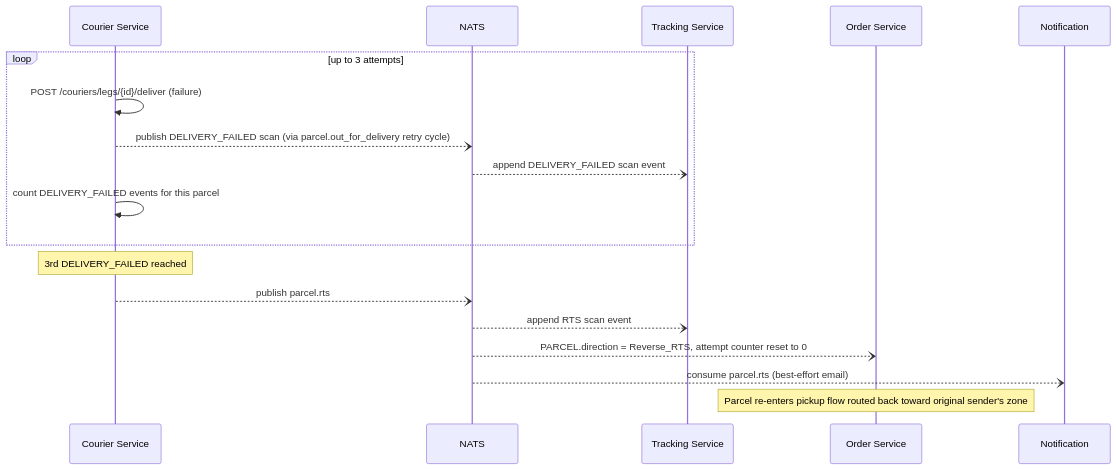
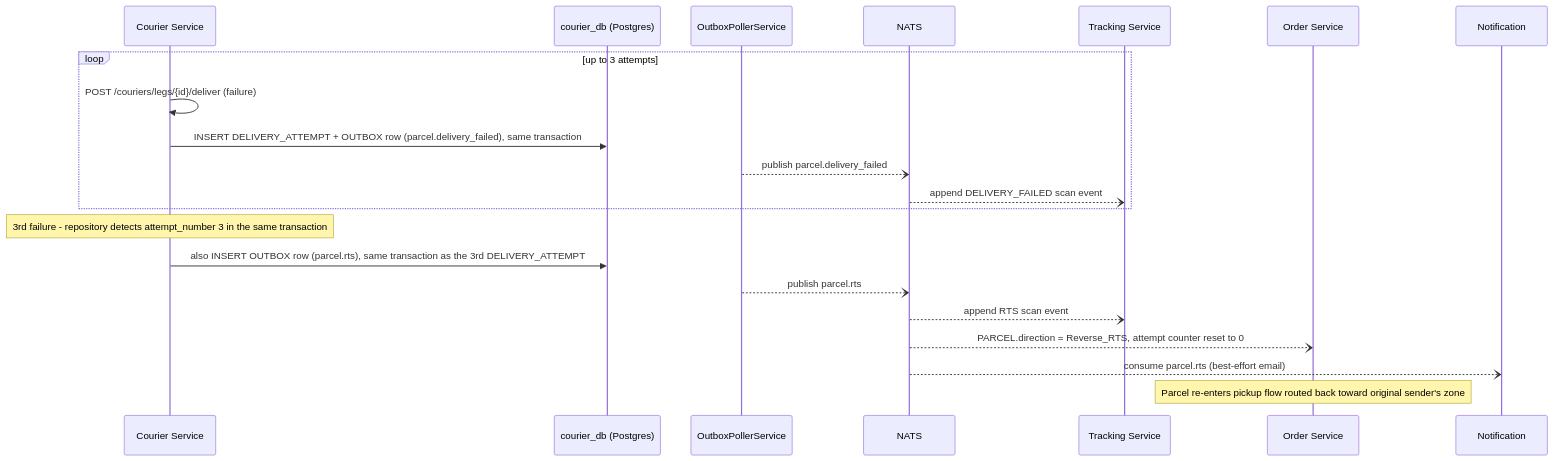
One commit to dunguyen-311201/nestjs changed the third of 3 diagrams in shipping-system/docs/lld/courier-service.md. Above: the diagram before and after it, drawn with Mermaid. The commit also changed other lines of this file and 3 other files, not shown here.

First line of the commit message:
docs: add Courier OUTBOX schema, narrow the Accepted MVP risk note

````diff
--- a/shipping-system/docs/lld/courier-service.md
+++ b/shipping-system/docs/lld/courier-service.md
@@ -76,22 +85,25 @@
 ```mermaid
 sequenceDiagram
     participant Courier as Courier Service
+    participant DB as courier_db (Postgres)
+    participant Poller as OutboxPollerService
     participant NATS
     participant Tracking as Tracking Service
     participant Order as Order Service
     participant Notification
 
     loop up to 3 attempts
         Courier->>Courier: POST /couriers/legs/{id}/deliver (failure)
-        Courier--)NATS: publish DELIVERY_FAILED scan (via parcel.out_for_delivery retry cycle)
+        Courier->>DB: INSERT DELIVERY_ATTEMPT + OUTBOX row (parcel.delivery_failed), same transaction
+        Poller--)NATS: publish parcel.delivery_failed
         NATS--)Tracking: append DELIVERY_FAILED scan event
-        Courier->>Courier: count DELIVERY_FAILED events for this parcel
     end
 
-    Note over Courier: 3rd DELIVERY_FAILED reached
-    Courier--)NATS: publish parcel.rts
+    Note over Courier: 3rd failure - repository detects attempt_number 3 in the same transaction
+    Courier->>DB: also INSERT OUTBOX row (parcel.rts), same transaction as the 3rd DELIVERY_ATTEMPT
+    Poller--)NATS: publish parcel.rts
     NATS--)Tracking: append RTS scan event
     NATS--)Order: PARCEL.direction = Reverse_RTS, attempt counter reset to 0
     NATS--)Notification: consume parcel.rts (best-effort email)
     Note over Order: Parcel re-enters pickup flow routed back toward original sender's zone
 ```
````
